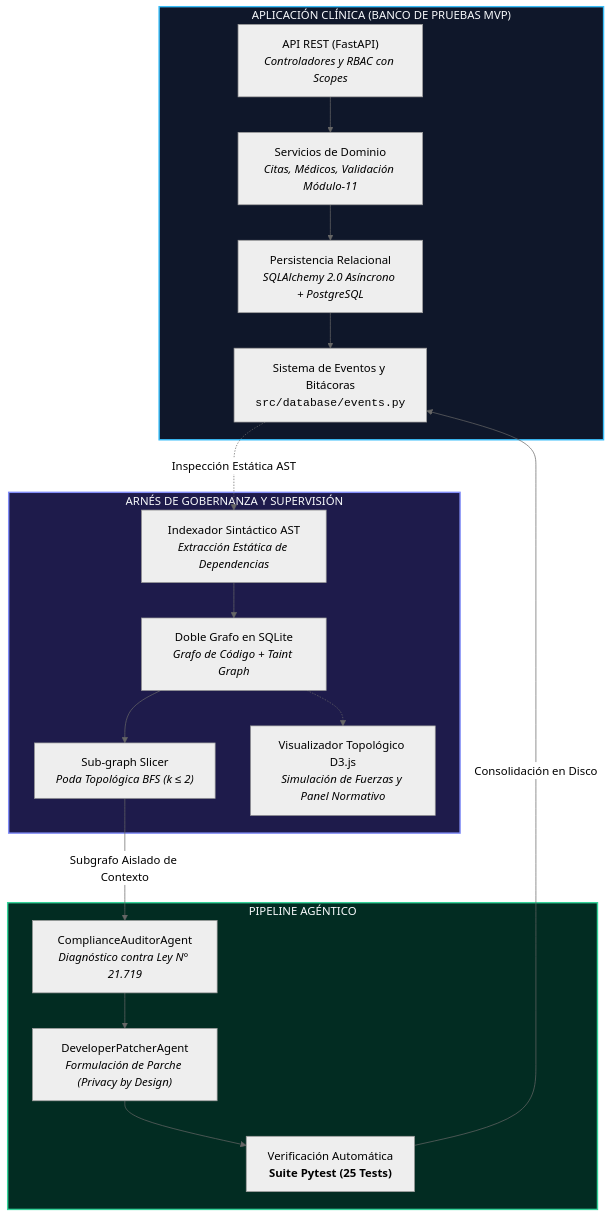
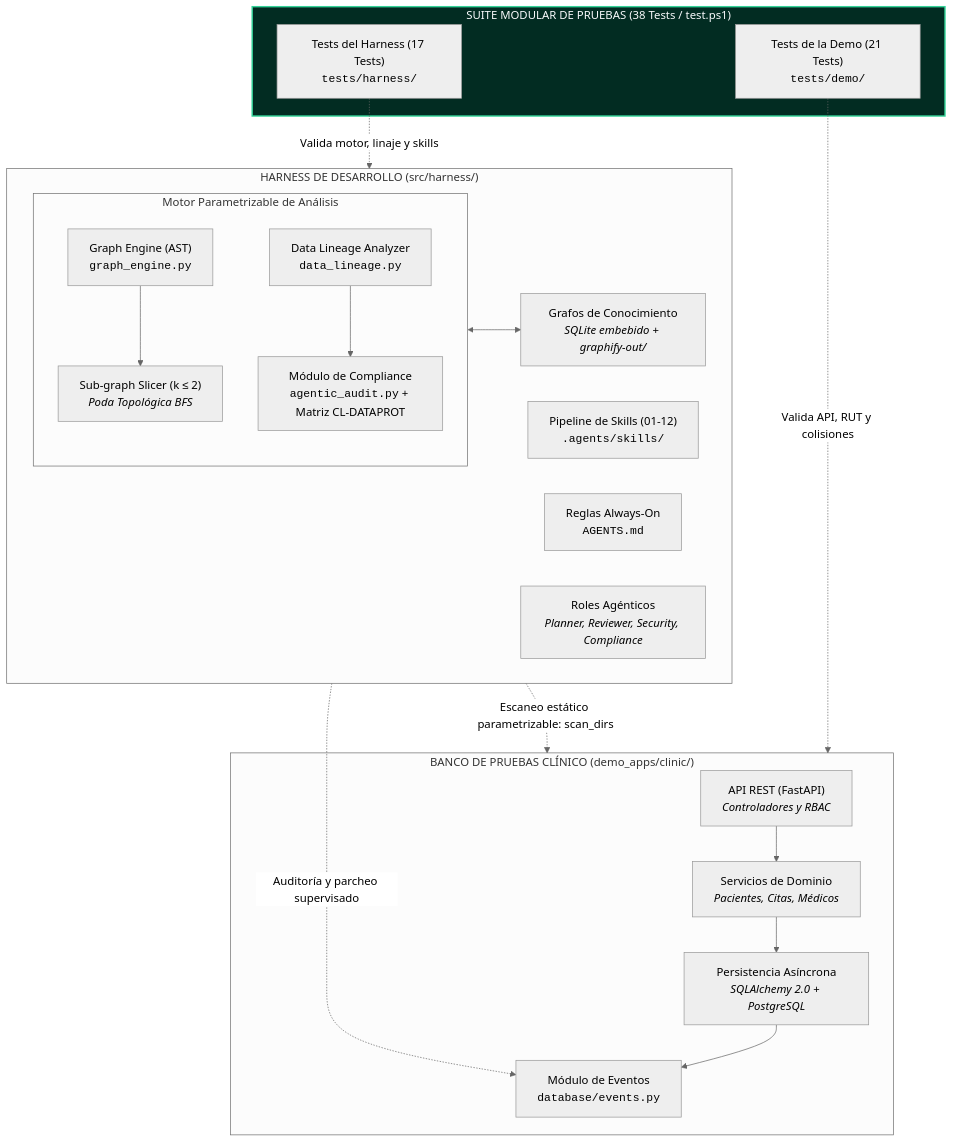
Before and after one commit to Cliptap/compliance-graph-harness: the third of 3 diagrams in docs/informe_hito0_oficial.md, drawn with Mermaid (neutral theme). The commit also changed other lines of this file and 96 other files, not shown here.

First line of the commit message:
refactor: reestructurar suites de prueba (demo y harness) y sanear arbol de trabajo

````diff
--- a/docs/informe_hito0_oficial.md
+++ b/docs/informe_hito0_oficial.md
@@ -389,37 +409,45 @@
 ```mermaid
 graph TD
-classDef app fill:#0f172a, stroke:#38bdf8, stroke-width:2px, color:#f8fafc;
 classDef harness fill:#1e1b4b, stroke:#818cf8, stroke-width:2px, color:#f8fafc;
-classDef agents fill:#022c22, stroke:#34d399, stroke-width:2px, color:#f8fafc;
+classDef demo fill:#0f172a, stroke:#38bdf8, stroke-width:2px, color:#f8fafc;
+classDef test fill:#022c22, stroke:#34d399, stroke-width:2px, color:#f8fafc;
 
-subgraph CLINICA [" APLICACIÓN CLÍNICA (BANCO DE PRUEBAS MVP)"]
-    API["API REST (FastAPI)<br><i>Controladores y RBAC con Scopes</i>"]
-    SVC["Servicios de Dominio<br><i>Citas, Médicos, Validación Módulo-11</i>"]
-    DATA["Persistencia Relacional<br><i>SQLAlchemy 2.0 Asíncrono + PostgreSQL</i>"]
-    EVT["Sistema de Eventos y Bitácoras<br><code>src/database/events.py</code>"]
-    API --> SVC --> DATA --> EVT
+subgraph HARNESS [" HARNESS DE DESARROLLO (src/harness/)"]
+    SKILLS["Pipeline de Skills (01-12)<br><code>.agents/skills/</code>"]
+    RULES["Reglas Always-On<br><code>AGENTS.md</code>"]
+    ROLES["Roles Agénticos<br><i>Planner, Reviewer, Security, Compliance</i>"]
+    
+    subgraph ENGINE [" Motor Parametrizable de Análisis"]
+        AST["Graph Engine (AST)<br><code>graph_engine.py</code>"]
+        TAINT["Data Lineage Analyzer<br><code>data_lineage.py</code>"]
+        SLICER["Sub-graph Slicer (k &le; 2)<br><i>Poda Topológica BFS</i>"]
+        COMPLIANCE["Módulo de Compliance<br><code>agentic_audit.py</code> + Matriz CL-DATAPROT"]
+        AST --> SLICER
+        TAINT --> COMPLIANCE
+    end
+    
+    KNOWLEDGE["Grafos de Conocimiento<br><i>SQLite embebido + graphify-out/</i>"]
+    ENGINE <--> KNOWLEDGE
 end
-class CLINICA app;
+class HARNESS harness;
 
-subgraph MOTOR [" ARNÉS DE GOBERNANZA Y SUPERVISIÓN"]
-    AST["Indexador Sintáctico AST<br><i>Extracción Estática de Dependencias</i>"]
-    DG["Doble Grafo en SQLite<br><i>Grafo de Código + Taint Graph</i>"]
-    SLICER["Sub-graph Slicer<br><i>Poda Topológica BFS (k &le; 2)</i>"]
-    D3["Visualizador Topológico D3.js<br><i>Simulación de Fuerzas y Panel Normativo</i>"]
-    AST --> DG --> SLICER
-    DG -.-> D3
+subgraph DEMO [" BANCO DE PRUEBAS CLÍNICO (demo_apps/clinic/)"]
+    API["API REST (FastAPI)<br><i>Controladores y RBAC</i>"]
+    SVC["Servicios de Dominio<br><i>Pacientes, Citas, Médicos</i>"]
+    PERSIST["Persistencia Asíncrona<br><i>SQLAlchemy 2.0 + PostgreSQL</i>"]
+    LOGS["Módulo de Eventos<br><code>database/events.py</code>"]
+    API --> SVC --> PERSIST --> LOGS
 end
-class MOTOR harness;
+class DEMO demo;
 
-subgraph PIPELINE [" PIPELINE AGÉNTICO"]
-    AUDITOR["ComplianceAuditorAgent<br><i>Diagnóstico contra Ley N° 21.719</i>"]
-    PATCHER["DeveloperPatcherAgent<br><i>Formulación de Parche (Privacy by Design)</i>"]
-    VAL["Verificación Automática<br><b>Suite Pytest (25 Tests)</b>"]
-    AUDITOR --> PATCHER --> VAL
+subgraph TESTSUITE [" SUITE MODULAR DE PRUEBAS (38 Tests / test.ps1)"]
+    THARNESS["Tests del Harness (17 Tests)<br><code>tests/harness/</code>"]
+    TDEMO["Tests de la Demo (21 Tests)<br><code>tests/demo/</code>"]
 end
-class PIPELINE agents;
+class TESTSUITE test;
 
-EVT -.->|Inspección Estática AST| AST
-SLICER -->|Subgrafo Aislado de Contexto| AUDITOR
-VAL -->|Consolidación en Disco| EVT
+HARNESS -.->|Escaneo estático parametrizable: scan_dirs| DEMO
+HARNESS -.->|Auditoría y parcheo supervisado| LOGS
+THARNESS -.->|Valida motor, linaje y skills| HARNESS
+TDEMO -.->|Valida API, RUT y colisiones| DEMO
 ```
````
